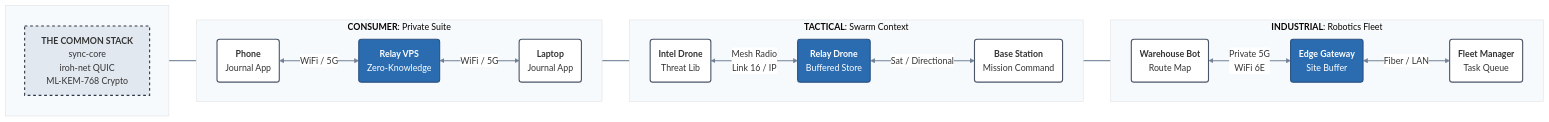
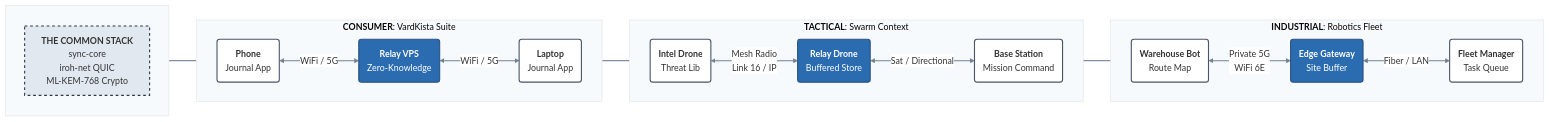
One commit to ydun-code-library/0k-sync changed the diagram in docs/research/tactical-mesh-profile-appendix-d.md. Above: the diagram before and after it, drawn with Mermaid. The commit also changed other lines of this file and 3 other files, not shown here.

First line of the commit message:
docs: rebrand Private Suite references to VardKista Suite

````diff
--- a/docs/research/tactical-mesh-profile-appendix-d.md
+++ b/docs/research/tactical-mesh-profile-appendix-d.md
@@ -739,41 +739,41 @@
 ```mermaid
 %%{init: {'theme': 'base', 'themeVariables': { 'primaryColor': '#2d3748', 'edgeLabelBackground':'#ffffff', 'tertiaryColor': '#f7fafc'}}}%%
 flowchart LR
     %% SHARED CORE DEFINITION
     classDef protocol fill:#e2e8f0,stroke:#2d3748,stroke-width:2px,stroke-dasharray: 5 5;
     classDef node fill:#fff,stroke:#4a5568,stroke-width:2px;
     classDef relay fill:#2b6cb0,stroke:#2c5282,stroke-width:2px,color:#fff;
     
     subgraph CORE_STACK [ ]
         direction TB
         Protocol[<b>THE COMMON STACK</b><br/>sync-core<br/>iroh-net QUIC<br/>ML-KEM-768 Crypto]:::protocol
     end
 
     %% CONSUMER LAYER
-    subgraph CONSUMER [<b>CONSUMER</b>: Private Suite]
+    subgraph CONSUMER [<b>CONSUMER</b>: VardKista Suite]
         direction LR
         Phone(<b>Phone</b><br/>Journal App):::node <-->|WiFi / 5G| VPS(<b>Relay VPS</b><br/>Zero-Knowledge):::relay
         VPS <-->|WiFi / 5G| Laptop(<b>Laptop</b><br/>Journal App):::node
     end
 
     %% TACTICAL LAYER
     subgraph TACTICAL [<b>TACTICAL</b>: Swarm Context]
         direction LR
         Intel(<b>Intel Drone</b><br/>Threat Lib):::node <-->|Mesh Radio<br/>Link 16 / IP| DroneRelay(<b>Relay Drone</b><br/>Buffered Store):::relay
         DroneRelay <-->|Sat / Directional| Base(<b>Base Station</b><br/>Mission Command):::node
     end
 
     %% INDUSTRIAL LAYER
     subgraph INDUSTRIAL [<b>INDUSTRIAL</b>: Robotics Fleet]
         direction LR
         Robot(<b>Warehouse Bot</b><br/>Route Map):::node <-->|Private 5G<br/>WiFi 6E| EdgeGW(<b>Edge Gateway</b><br/>Site Buffer):::relay
         EdgeGW <-->|Fiber / LAN| FleetMgr(<b>Fleet Manager</b><br/>Task Queue):::node
     end
 
     %% ALIGNMENT LINKS
     Protocol ~~~ CONSUMER
     CONSUMER ~~~ TACTICAL
     TACTICAL ~~~ INDUSTRIAL
 
     linkStyle default stroke:#718096,stroke-width:2px;
 ```
````
